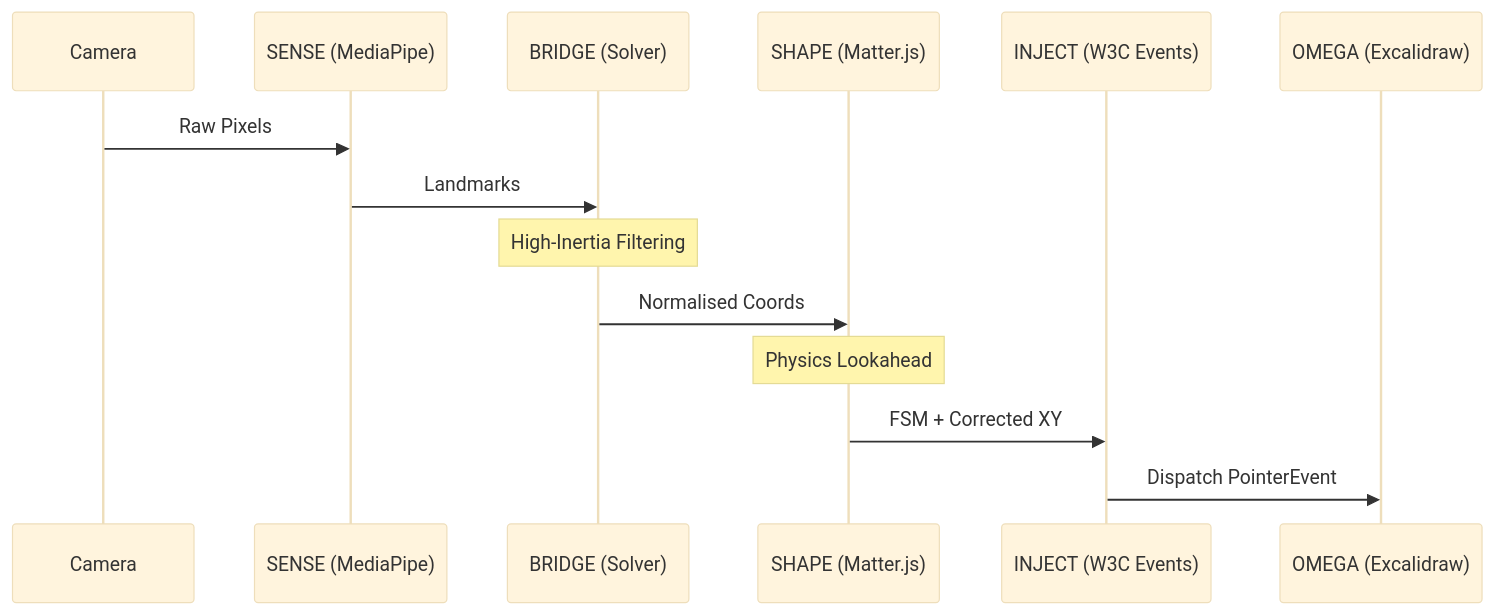
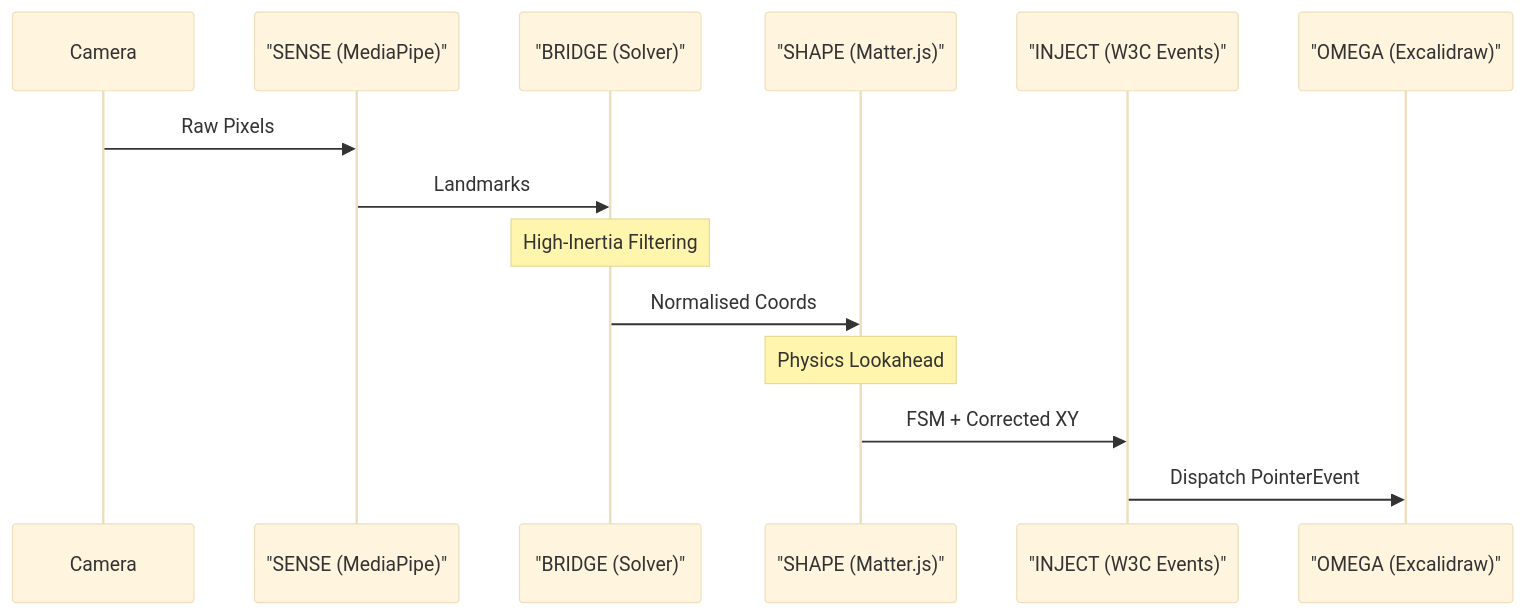
The fourth of 4 diagrams in hfo_hot_obsidian/bronze/2_areas/mission_thread_omega/omega_workspace_v34_analysis.md (TTaoGaming/hfo-gen-88-chromebook-v1), drawn with Mermaid (base theme) before and after one commit. The commit also changed other lines of this file and 30 other files, not shown here.

````diff
--- a/hfo_hot_obsidian/bronze/2_areas/mission_thread_omega/omega_workspace_v34_analysis.md
+++ b/hfo_hot_obsidian/bronze/2_areas/mission_thread_omega/omega_workspace_v34_analysis.md
@@ -68,17 +76,17 @@
 ```mermaid
 sequenceDiagram
     participant Cam as Camera
-    participant P0 as SENSE (MediaPipe)
-    participant P1 as BRIDGE (Solver)
-    participant P2 as SHAPE (Matter.js)
-    participant P3 as INJECT (W3C Events)
-    participant HW as OMEGA (Excalidraw)
+    participant P0 as "SENSE (MediaPipe)"
+    participant P1 as "BRIDGE (Solver)"
+    participant P2 as "SHAPE (Matter.js)"
+    participant P3 as "INJECT (W3C Events)"
+    participant HW as "OMEGA (Excalidraw)"
 
     Cam->>P0: Raw Pixels
     P0->>P1: Landmarks
     Note over P1: High-Inertia Filtering
     P1->>P2: Normalised Coords
     Note over P2: Physics Lookahead
     P2->>P3: FSM + Corrected XY
     P3->>HW: Dispatch PointerEvent
 ```
````
